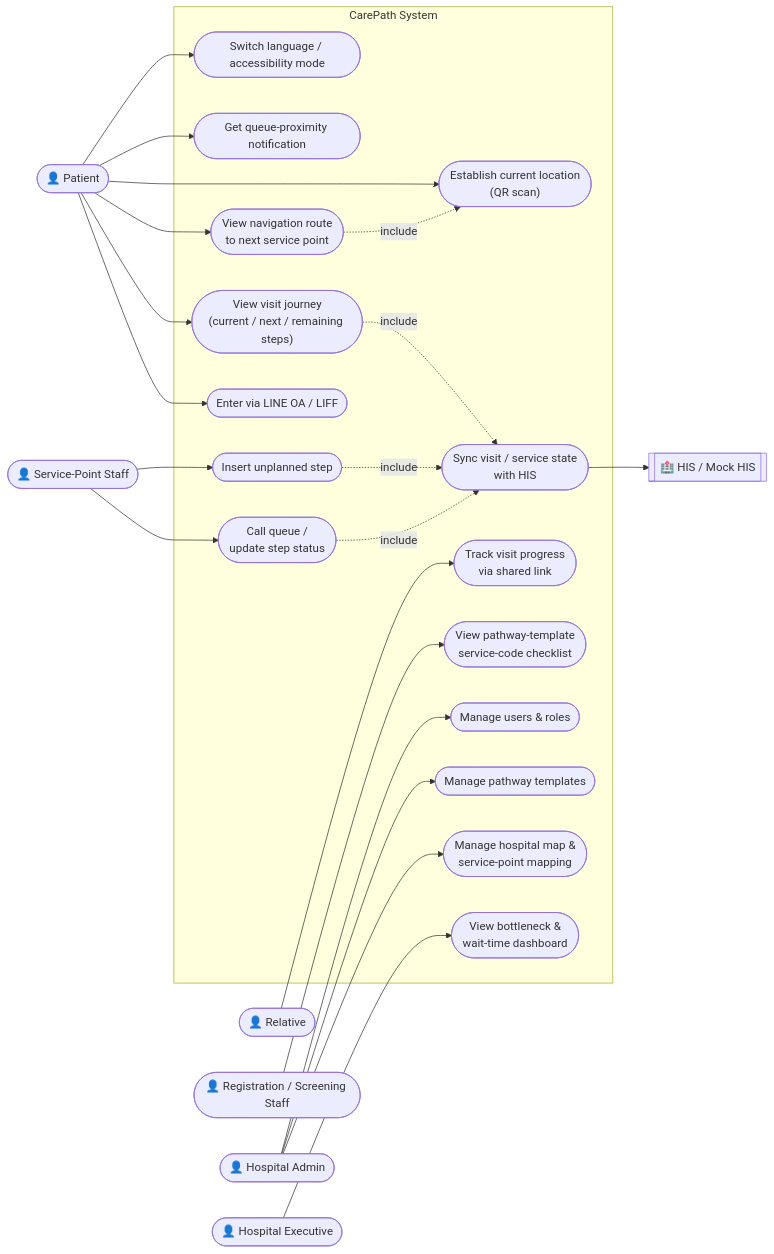
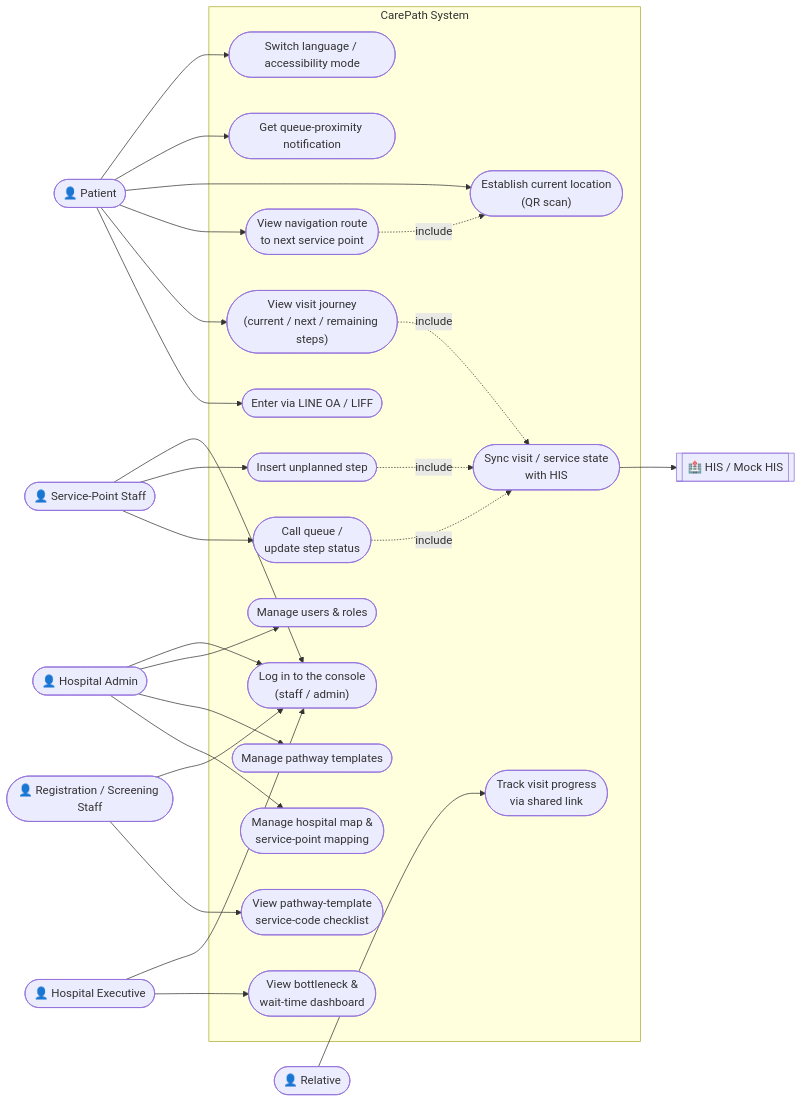
Before and after one commit to somprasongd/carepath: the diagram in docs/requirements/use-case-diagram.md, drawn with Mermaid. The commit also changed other lines of this file and 24 other files, not shown here.

````diff
--- a/docs/requirements/use-case-diagram.md
+++ b/docs/requirements/use-case-diagram.md
@@ -5,49 +5,54 @@
 ```mermaid
 flowchart LR
     Patient(["👤 Patient"])
     Relative(["👤 Relative"])
     RegStaff(["👤 Registration / Screening Staff"])
     SPStaff(["👤 Service-Point Staff"])
     Admin(["👤 Hospital Admin"])
     Exec(["👤 Hospital Executive"])
     HIS[["🏥 HIS / Mock HIS"]]
 
     subgraph CarePath["CarePath System"]
         UC1(["Enter via LINE OA / LIFF"])
         UC2(["View visit journey<br/>(current / next / remaining steps)"])
         UC3(["View navigation route<br/>to next service point"])
         UC4(["Establish current location<br/>(QR scan)"])
         UC5(["Get queue-proximity notification"])
         UC6(["Switch language / accessibility mode"])
         UC7(["Track visit progress<br/>via shared link"])
         UC8(["View pathway-template<br/>service-code checklist"])
         UC9(["Call queue /<br/>update step status"])
         UC10(["Insert unplanned step"])
         UC11(["Manage hospital map &amp;<br/>service-point mapping"])
         UC12(["Manage pathway templates"])
         UC13(["Manage users &amp; roles"])
         UC14(["View bottleneck &amp;<br/>wait-time dashboard"])
         UC15(["Sync visit / service state<br/>with HIS"])
+        UC16(["Log in to the console<br/>(staff / admin)"])
     end
 
     Patient --> UC1
     Patient --> UC2
     Patient --> UC3
     Patient --> UC4
     Patient --> UC5
     Patient --> UC6
     Relative --> UC7
     RegStaff --> UC8
+    RegStaff --> UC16
     SPStaff --> UC9
     SPStaff --> UC10
+    SPStaff --> UC16
     Admin --> UC11
     Admin --> UC12
     Admin --> UC13
+    Admin --> UC16
     Exec --> UC14
+    Exec --> UC16
 
     UC3 -. include .-> UC4
     UC2 -. include .-> UC15
     UC9 -. include .-> UC15
     UC10 -. include .-> UC15
     UC15 --> HIS
 ```
````
